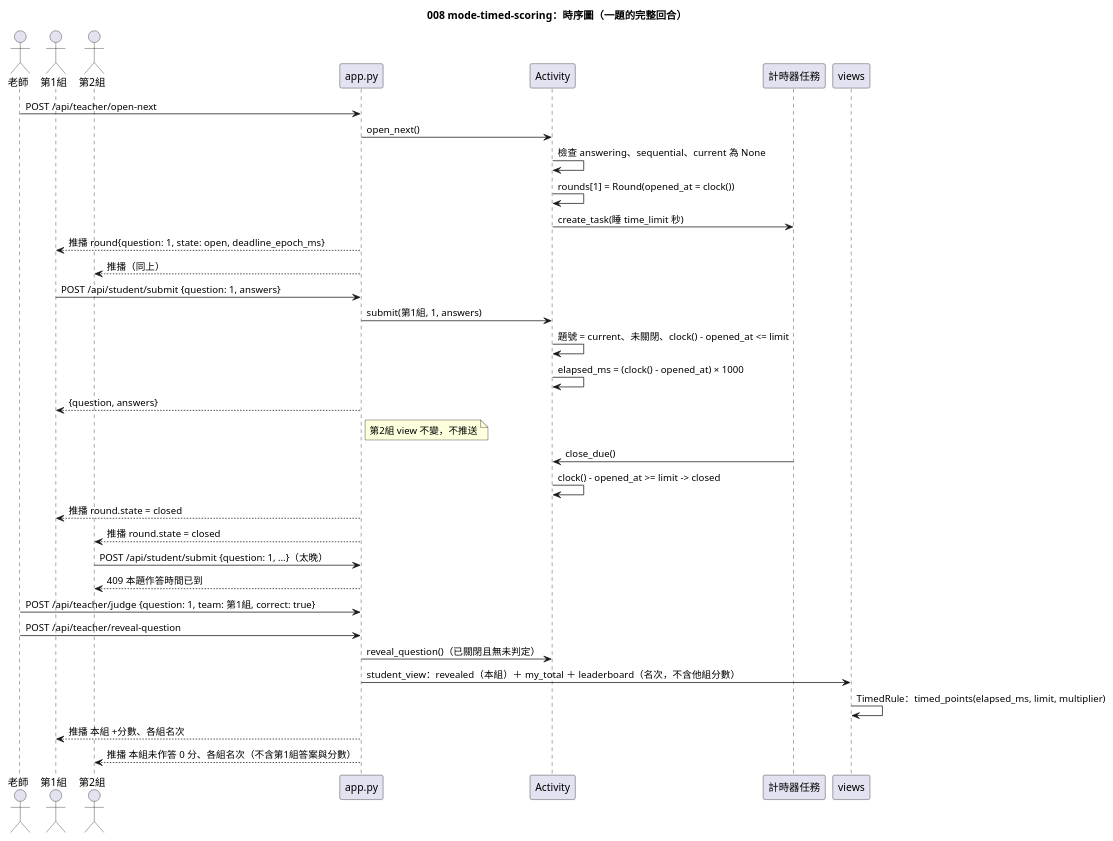
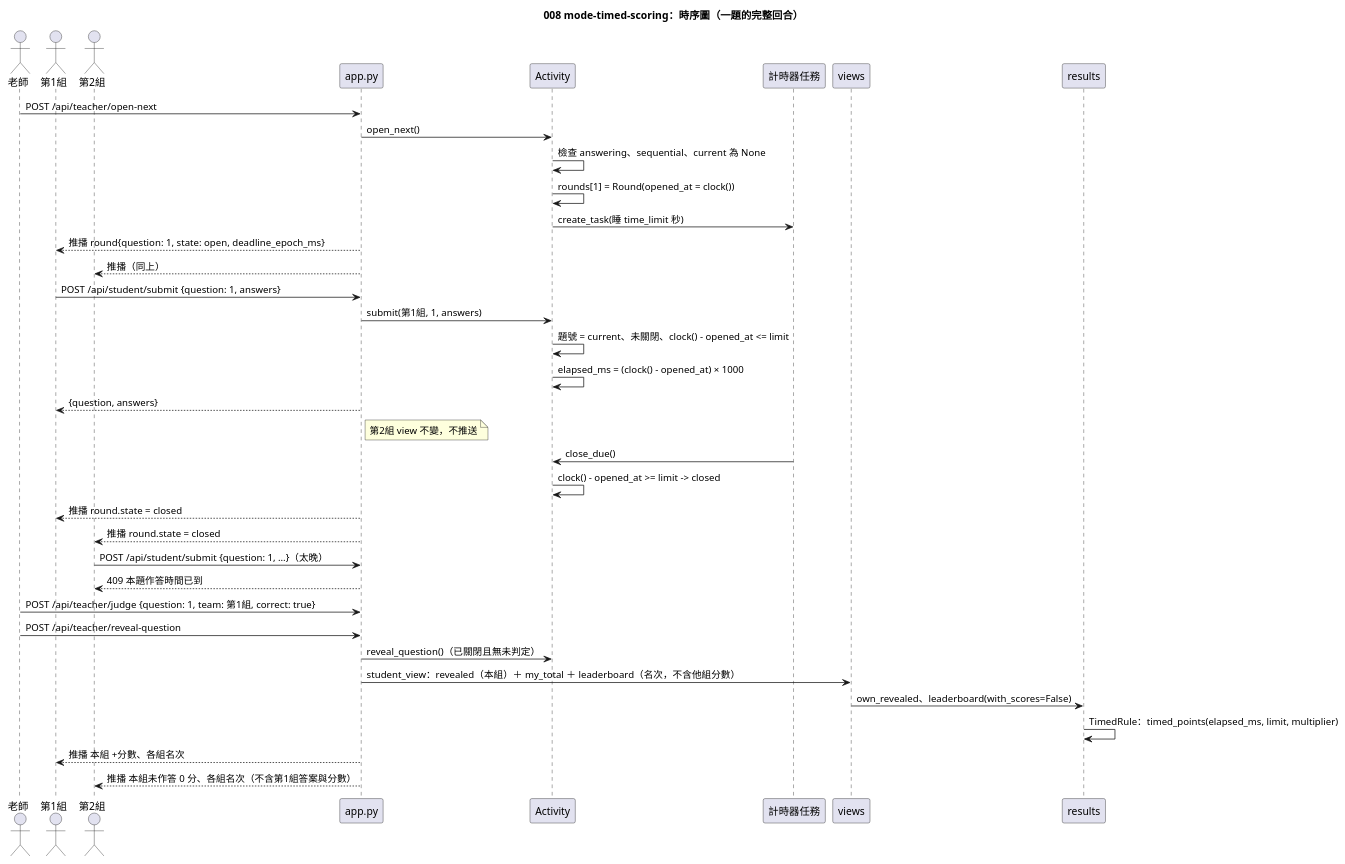
The diagram in diagrams/008-mode-timed-scoring-sequence.puml (yue083139/software_fin-speckit), drawn with PlantUML before and after one commit. The commit also changed 33 other files, not shown here.

```diff
--- a/diagrams/008-mode-timed-scoring-sequence.puml
+++ b/diagrams/008-mode-timed-scoring-sequence.puml
@@ -1,42 +1,44 @@
 @startuml 008-mode-timed-scoring-sequence
 title 008 mode-timed-scoring：時序圖（一題的完整回合）
 
 actor "老師" as T
 actor "第1組" as A
 actor "第2組" as B
 participant "app.py" as App
 participant "Activity" as Act
 participant "計時器任務" as Timer
 participant "views" as V
+participant "results" as R
 
 T -> App : POST /api/teacher/open-next
 App -> Act : open_next()
 Act -> Act : 檢查 answering、sequential、current 為 None
 Act -> Act : rounds[1] = Round(opened_at = clock())
 Act -> Timer : create_task(睡 time_limit 秒)
 App --> A : 推播 round{question: 1, state: open, deadline_epoch_ms}
 App --> B : 推播（同上）
 
 A -> App : POST /api/student/submit {question: 1, answers}
 App -> Act : submit(第1組, 1, answers)
 Act -> Act : 題號 = current、未關閉、clock() - opened_at <= limit
 Act -> Act : elapsed_ms = (clock() - opened_at) × 1000
 App --> A : {question, answers}
 note right of App : 第2組 view 不變，不推送
 
 Timer -> Act : close_due()
 Act -> Act : clock() - opened_at >= limit -> closed
 App --> A : 推播 round.state = closed
 App --> B : 推播 round.state = closed
 
 B -> App : POST /api/student/submit {question: 1, …}（太晚）
 App --> B : 409 本題作答時間已到
 
 T -> App : POST /api/teacher/judge {question: 1, team: 第1組, correct: true}
 T -> App : POST /api/teacher/reveal-question
 App -> Act : reveal_question()（已關閉且無未判定）
 App -> V : student_view：revealed（本組）＋ my_total ＋ leaderboard（名次，不含他組分數）
-V -> V : TimedRule：timed_points(elapsed_ms, limit, multiplier)
+V -> R : own_revealed、leaderboard(with_scores=False)
+R -> R : TimedRule：timed_points(elapsed_ms, limit, multiplier)
 App --> A : 推播 本組 +分數、各組名次
 App --> B : 推播 本組未作答 0 分、各組名次（不含第1組答案與分數）
 @enduml
```
